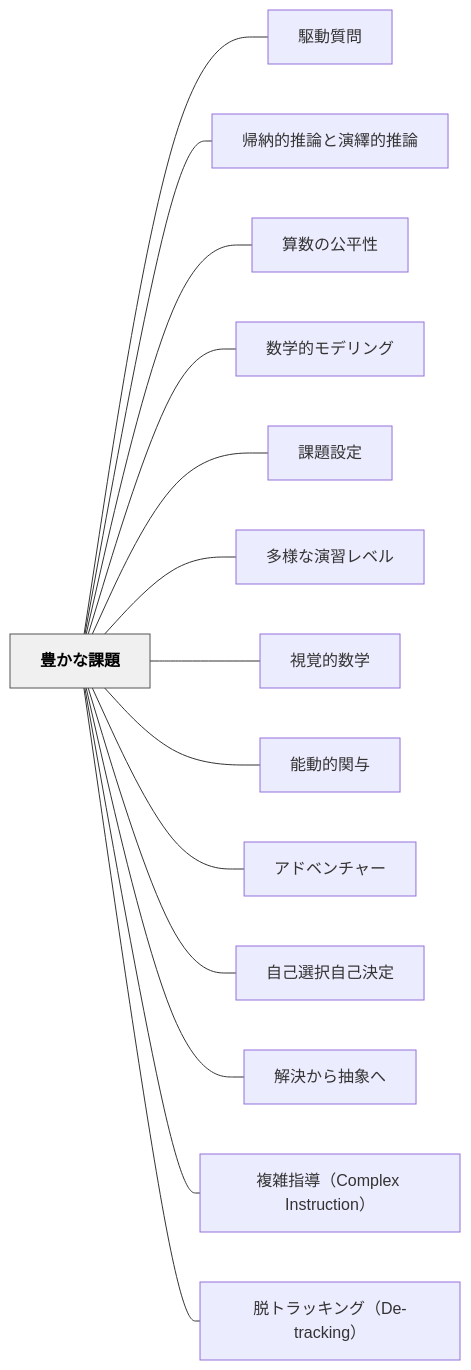
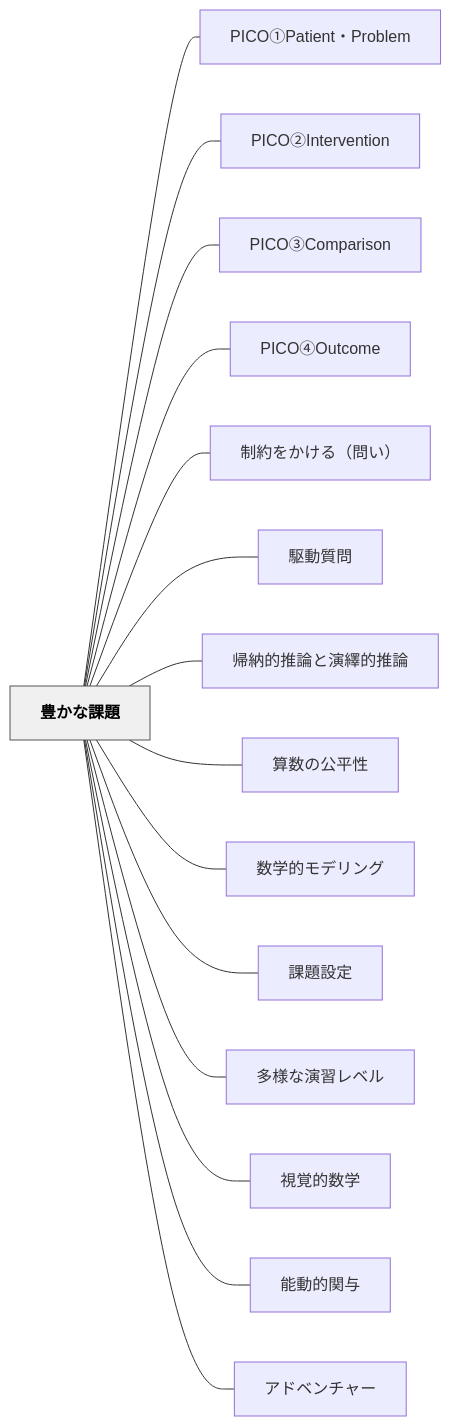
Before and after one commit to unknownthings-ed-patterns/unknownthings-ed-patterns: the diagram in content/パタン/豊かな課題.md, drawn with Mermaid. The commit also changed other lines of this file and 38 other files, not shown here.

````diff
--- a/content/パタン/豊かな課題.md
+++ b/content/パタン/豊かな課題.md
@@ -116,34 +121,36 @@
 ```mermaid
 flowchart LR
     ne8b18ae3818be381aae8aab2e9a18c["豊かな課題"]
+    n5049434fe291a050617469656e74e383bb50726f626c656d["PICO①Patient・Problem"]
+    n5049434fe291a1496e74657276656e74696f6e["PICO②Intervention"]
+    n5049434fe291a2436f6d70617269736f6e["PICO③Comparison"]
+    n5049434fe291a34f7574636f6d65["PICO④Outcome"]
+    ne588b6e7b484e38292e3818be38191e3828befbc88e5958fe38184efbc89["制約をかける（問い）"]
     ne9a786e58b95e8b3aae5958f["駆動質問"]
     ne5b8b0e7b48de79a84e68ea8e8ab96e381a8e6bc94e7b9b9e79a84e68ea8e8ab96["帰納的推論と演繹的推論"]
     ne7ae97e695b0e381aee585ace5b9b3e680a7["算数の公平性"]
     ne695b0e5ada6e79a84e383a2e38387e383aae383b3e382b0["数学的モデリング"]
     ne8aab2e9a18ce8a8ade5ae9a["課題設定"]
     ne5a49ae6a798e381aae6bc94e7bf92e383ace38399e383ab["多様な演習レベル"]
     ne8a696e8a69ae79a84e695b0e5ada6["視覚的数学"]
     ne883bde58b95e79a84e996a2e4b88e["能動的関与"]
     ne382a2e38389e38399e383b3e38381e383a3e383bc["アドベンチャー"]
-    ne887aae5b7b1e981b8e68a9ee887aae5b7b1e6b1bae5ae9a["自己選択自己決定"]
-    ne8a7a3e6b1bae3818be38289e68abde8b1a1e381b8["解決から抽象へ"]
-    ne8a487e99b91e68c87e5b08eefbc88436f6d706c657820496e737472756374696f6eefbc89["複雑指導（Complex Instruction）"]
-    ne884b1e38388e383a9e38383e382ade383b3e382b0efbc8844652d747261636b696e67efbc89["脱トラッキング（De-tracking）"]
 
+    ne8b18ae3818be381aae8aab2e9a18c --- n5049434fe291a050617469656e74e383bb50726f626c656d
+    ne8b18ae3818be381aae8aab2e9a18c --- n5049434fe291a1496e74657276656e74696f6e
+    ne8b18ae3818be381aae8aab2e9a18c --- n5049434fe291a2436f6d70617269736f6e
+    ne8b18ae3818be381aae8aab2e9a18c --- n5049434fe291a34f7574636f6d65
+    ne8b18ae3818be381aae8aab2e9a18c --- ne588b6e7b484e38292e3818be38191e3828befbc88e5958fe38184efbc89
     ne8b18ae3818be381aae8aab2e9a18c --- ne9a786e58b95e8b3aae5958f
     ne8b18ae3818be381aae8aab2e9a18c --- ne5b8b0e7b48de79a84e68ea8e8ab96e381a8e6bc94e7b9b9e79a84e68ea8e8ab96
     ne8b18ae3818be381aae8aab2e9a18c --- ne7ae97e695b0e381aee585ace5b9b3e680a7
     ne8b18ae3818be381aae8aab2e9a18c --- ne695b0e5ada6e79a84e383a2e38387e383aae383b3e382b0
     ne8b18ae3818be381aae8aab2e9a18c --- ne8aab2e9a18ce8a8ade5ae9a
     ne8b18ae3818be381aae8aab2e9a18c --- ne5a49ae6a798e381aae6bc94e7bf92e383ace38399e383ab
     ne8b18ae3818be381aae8aab2e9a18c --- ne8a696e8a69ae79a84e695b0e5ada6
     ne8b18ae3818be381aae8aab2e9a18c --- ne883bde58b95e79a84e996a2e4b88e
     ne8b18ae3818be381aae8aab2e9a18c --- ne382a2e38389e38399e383b3e38381e383a3e383bc
-    ne8b18ae3818be381aae8aab2e9a18c --- ne887aae5b7b1e981b8e68a9ee887aae5b7b1e6b1bae5ae9a
-    ne8b18ae3818be381aae8aab2e9a18c --- ne8a7a3e6b1bae3818be38289e68abde8b1a1e381b8
-    ne8b18ae3818be381aae8aab2e9a18c --- ne8a487e99b91e68c87e5b08eefbc88436f6d706c657820496e737472756374696f6eefbc89
-    ne8b18ae3818be381aae8aab2e9a18c --- ne884b1e38388e383a9e38383e382ade383b3e382b0efbc8844652d747261636b696e67efbc89
 
     classDef hub fill:#f0f0f0,stroke:#555,color:#000,font-weight:bold
     class ne8b18ae3818be381aae8aab2e9a18c hub
 ```
````
